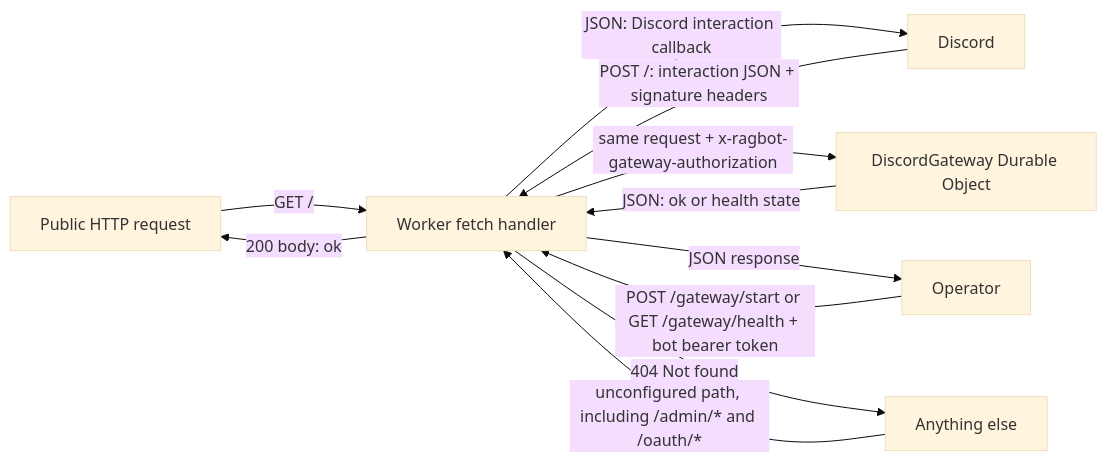
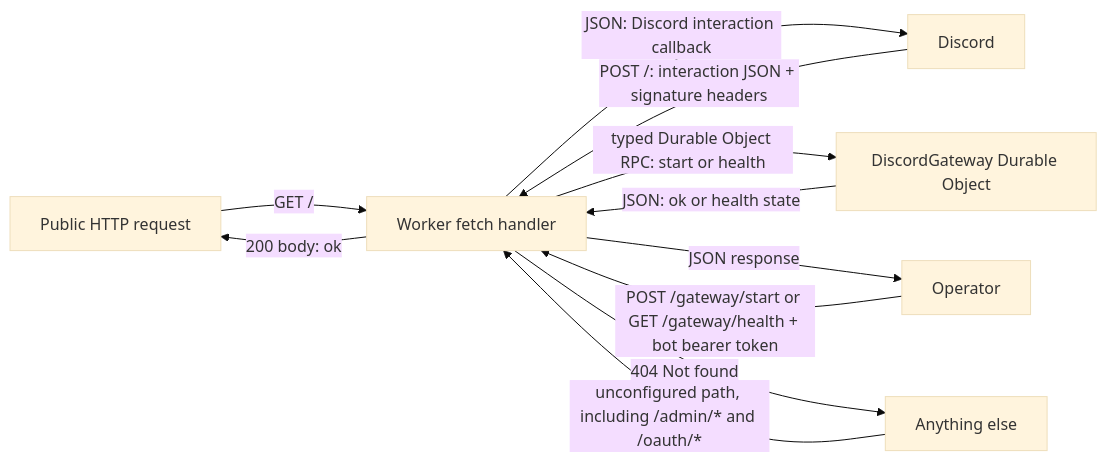
The first of 3 diagrams in DESIGN.md (jackm43/rag), drawn with Mermaid (base theme) before and after one commit. The commit also changed other lines of this file and 16 other files, not shown here.

````diff
--- a/DESIGN.md
+++ b/DESIGN.md
@@ -41,16 +41,16 @@
 ```mermaid
 flowchart LR
   Public[Public HTTP request] -->|GET /| Worker[Worker fetch handler]
   Worker -->|200 body: ok| Public
 
   Discord[Discord] -->|POST /: interaction JSON + signature headers| Worker
   Worker -->|JSON: Discord interaction callback| Discord
 
   Operator[Operator] -->|POST /gateway/start or GET /gateway/health + bot bearer token| Worker
-  Worker -->|same request + x-ragbot-gateway-authorization| DO[DiscordGateway Durable Object]
+  Worker -->|typed Durable Object RPC: start or health| DO[DiscordGateway Durable Object]
   DO -->|JSON: ok or health state| Worker
   Worker -->|JSON response| Operator
 
   Other[Anything else] -->|unconfigured path, including /admin/* and /oauth/*| Worker
   Worker -->|404 Not found| Other
 ```
````
